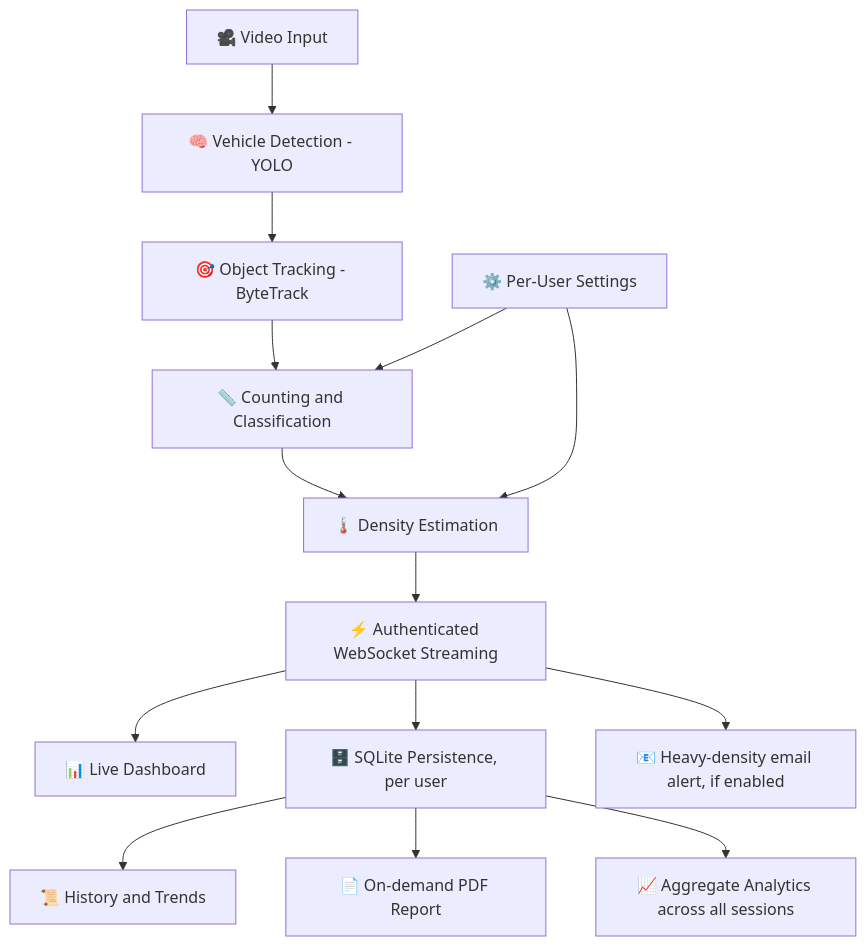
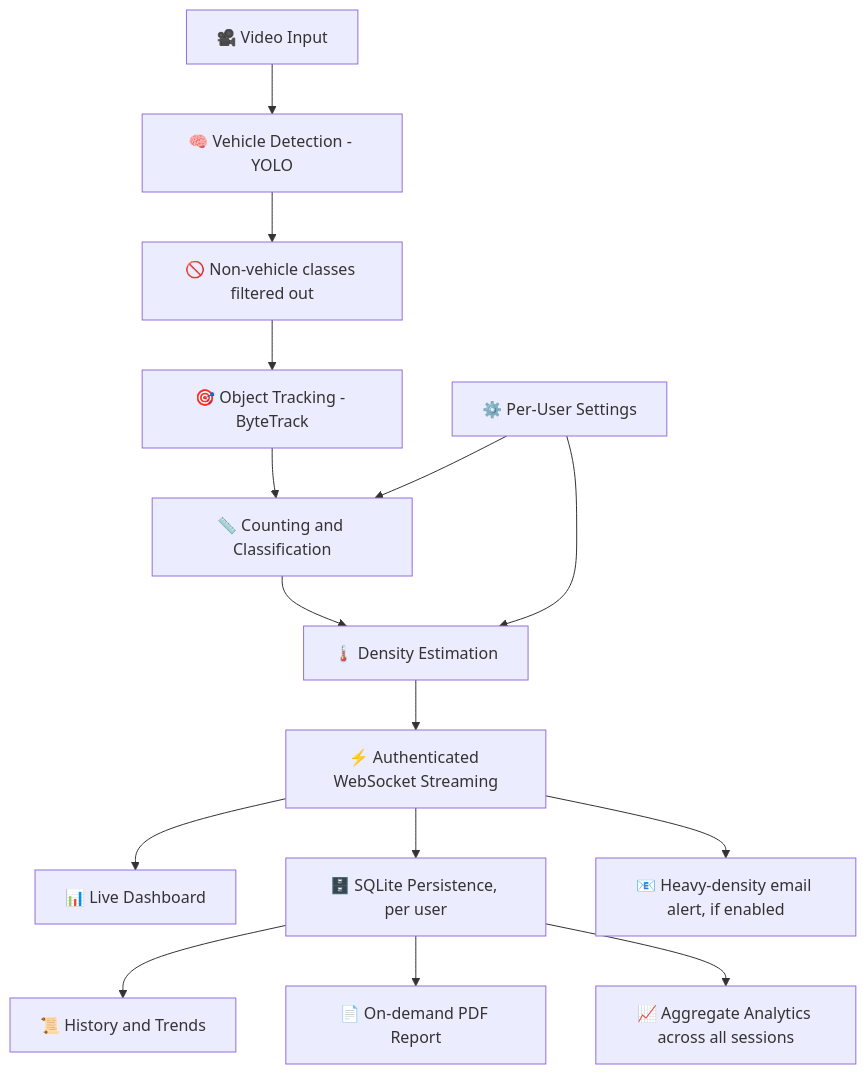
One commit to adityyapratapsingh22/YatayatAi changed the first of 2 diagrams in README.md. Above: the diagram before and after it, drawn with Mermaid. The commit also changed other lines of this file, not shown here.

````diff
--- a/README.md
+++ b/README.md
@@ -73,16 +74,17 @@
 ```mermaid
 flowchart TD
     A[🎥 Video Input] --> B[🧠 Vehicle Detection - YOLO]
-    B --> C[🎯 Object Tracking - ByteTrack]
+    B --> B2[🚫 Non-vehicle classes filtered out]
+    B2 --> C[🎯 Object Tracking - ByteTrack]
     C --> D[📏 Counting and Classification]
     D --> E[🌡️ Density Estimation]
     E --> F[⚡ Authenticated WebSocket Streaming]
     F --> G[📊 Live Dashboard]
     F --> H[🗄️ SQLite Persistence, per user]
     F --> J[📧 Heavy-density email alert, if enabled]
     H --> I[📜 History and Trends]
     H --> L[📄 On-demand PDF Report]
     H --> M[📈 Aggregate Analytics across all sessions]
     K[⚙️ Per-User Settings] --> E
     K --> D
 ```
````
